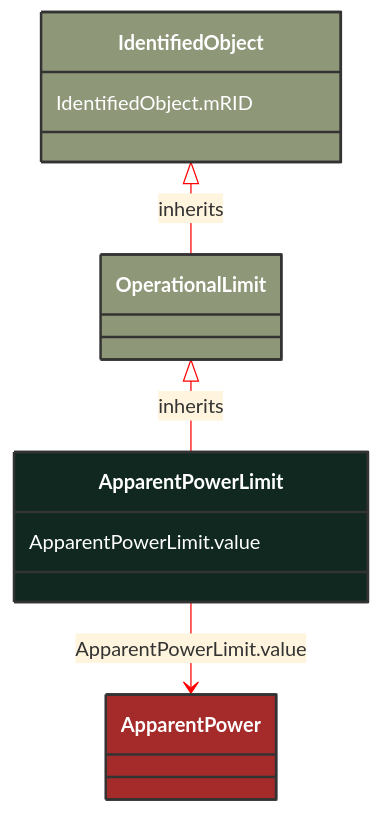
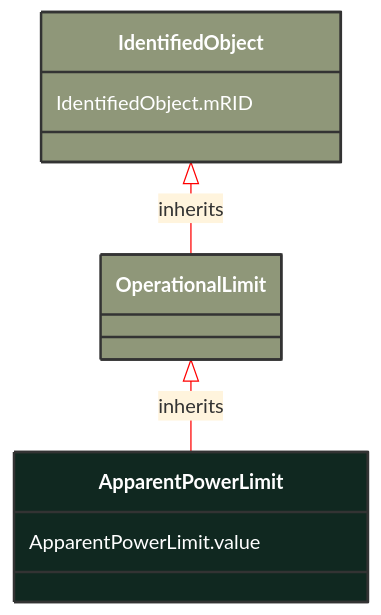
The diagram in docs/Models/Profiles/SteadyStateHypothesis/ConcreteClasses/ApparentPowerLimit.md (3lbits/NoCIMExtensions), drawn with Mermaid before and after one commit. The commit also changed 397 other files, not shown here.

First line of the commit message:
Refactor CIM schemas to introduce abstract classes and consolidate data types

````diff
--- a/docs/Models/Profiles/SteadyStateHypothesis/ConcreteClasses/ApparentPowerLimit.md
+++ b/docs/Models/Profiles/SteadyStateHypothesis/ConcreteClasses/ApparentPowerLimit.md
@@ -8,25 +8,20 @@
 ```mermaid
 %%{init: {'theme':'base','themeVariables': {'lineColor': '#FF0000'}}}%%
 classDiagram
     class ApparentPowerLimit
     click ApparentPowerLimit href "/Models/Profiles/SteadyStateHypothesis/ConcreteClasses/ApparentPowerLimit/"
     style ApparentPowerLimit fill:#102820,stroke:#333,stroke-width:2px,rx:10,ry:10,color:white
      
         OperationalLimit <|-- ApparentPowerLimit : inherits
             click OperationalLimit href "/Models/Profiles/SteadyStateHypothesis/ConcreteClasses/OperationalLimit/"
             style OperationalLimit fill:#8F9779,stroke:#333,stroke-width:2px,rx:10,ry:10,color:white
      
         IdentifiedObject <|-- OperationalLimit : inherits
             click IdentifiedObject href "/Models/Profiles/SteadyStateHypothesis/ConcreteClasses/IdentifiedObject/"
             style IdentifiedObject fill:#8F9779,stroke:#333,stroke-width:2px,rx:10,ry:10,color:white
 
-        ApparentPowerLimit --> ApparentPower : ApparentPowerLimit.value
-
-        ApparentPower
-            click ApparentPower href "/Models/Profiles/SteadyStateHypothesis/ConcreteClasses/ApparentPower/"
-            style ApparentPower fill:#A52A2A,stroke:#333,stroke-width:2px,rx:10,ry:10,color:white
 
 
         ApparentPowerLimit : ApparentPowerLimit.value
         IdentifiedObject : IdentifiedObject.mRID
 ```
````
